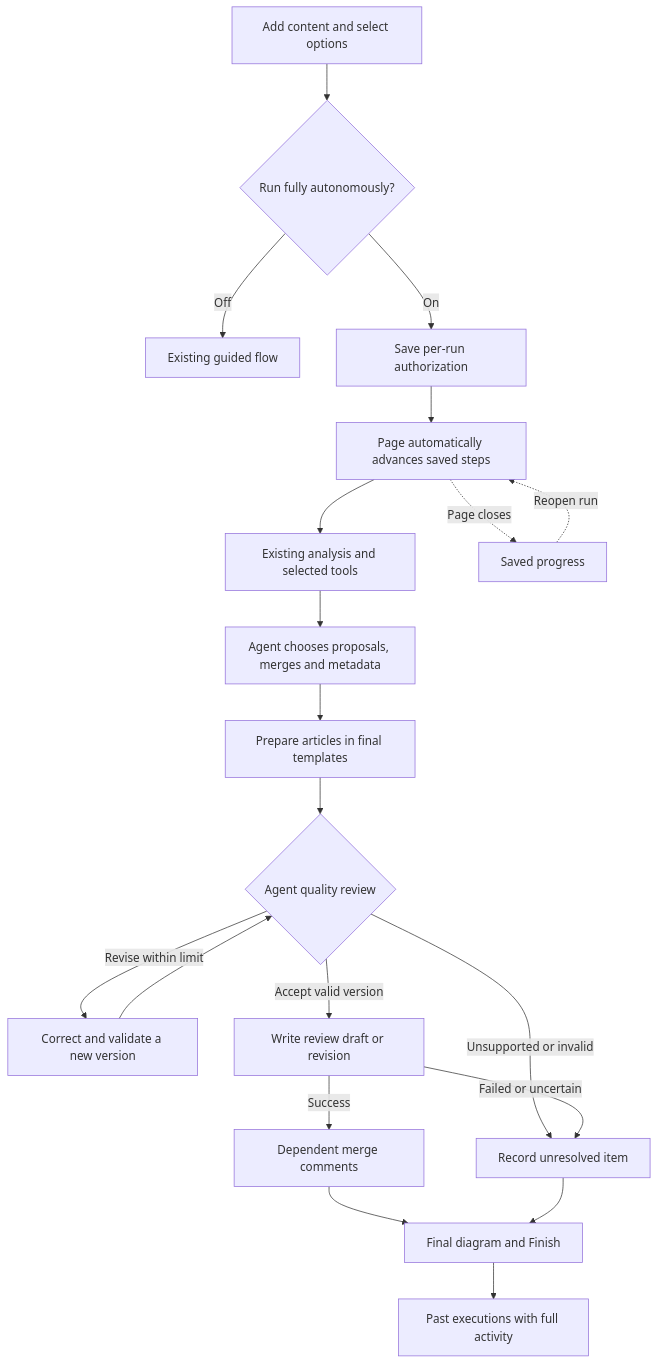
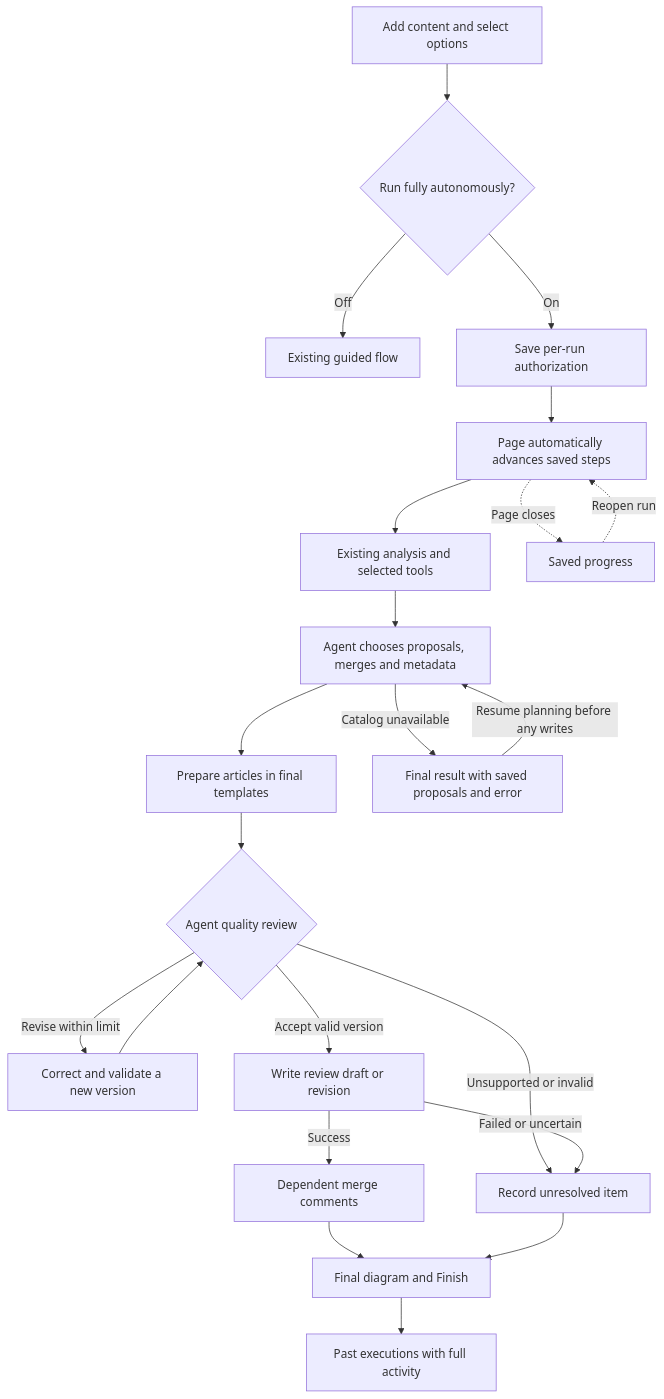
The diagram in docs/autonomous-pipeline.md (ffernandesupland/knoledge-studio), drawn with Mermaid before and after one commit. The commit also changed other lines of this file and 13 other files, not shown here.

Commit message:
Show autonomous failure outcomes and resume saved planning

````diff
--- a/docs/autonomous-pipeline.md
+++ b/docs/autonomous-pipeline.md
@@ -35,22 +39,24 @@
 ```mermaid
 flowchart TD
   Start[Add content and select options] --> Mode{Run fully autonomously?}
   Mode -->|Off| Guided[Existing guided flow]
   Mode -->|On| Save[Save per-run authorization]
   Save --> App[Page automatically advances saved steps]
   App --> Analyze[Existing analysis and selected tools]
   Analyze --> Plan[Agent chooses proposals, merges and metadata]
   Plan --> Prepare[Prepare articles in final templates]
+  Plan -->|Catalog unavailable| Failed[Final result with saved proposals and error]
+  Failed -->|Resume planning before any writes| Plan
   Prepare --> Review{Agent quality review}
   Review -->|Revise within limit| Correct[Correct and validate a new version]
   Correct --> Review
   Review -->|Unsupported or invalid| Partial[Record unresolved item]
   Review -->|Accept valid version| Write[Write review draft or revision]
   Write -->|Success| Comments[Dependent merge comments]
   Write -->|Failed or uncertain| Partial
   Comments --> Result[Final diagram and Finish]
   Partial --> Result
   Result --> History[Past executions with full activity]
   App -. Page closes .-> Pause[Saved progress]
   Pause -. Reopen run .-> App
 ```
````
